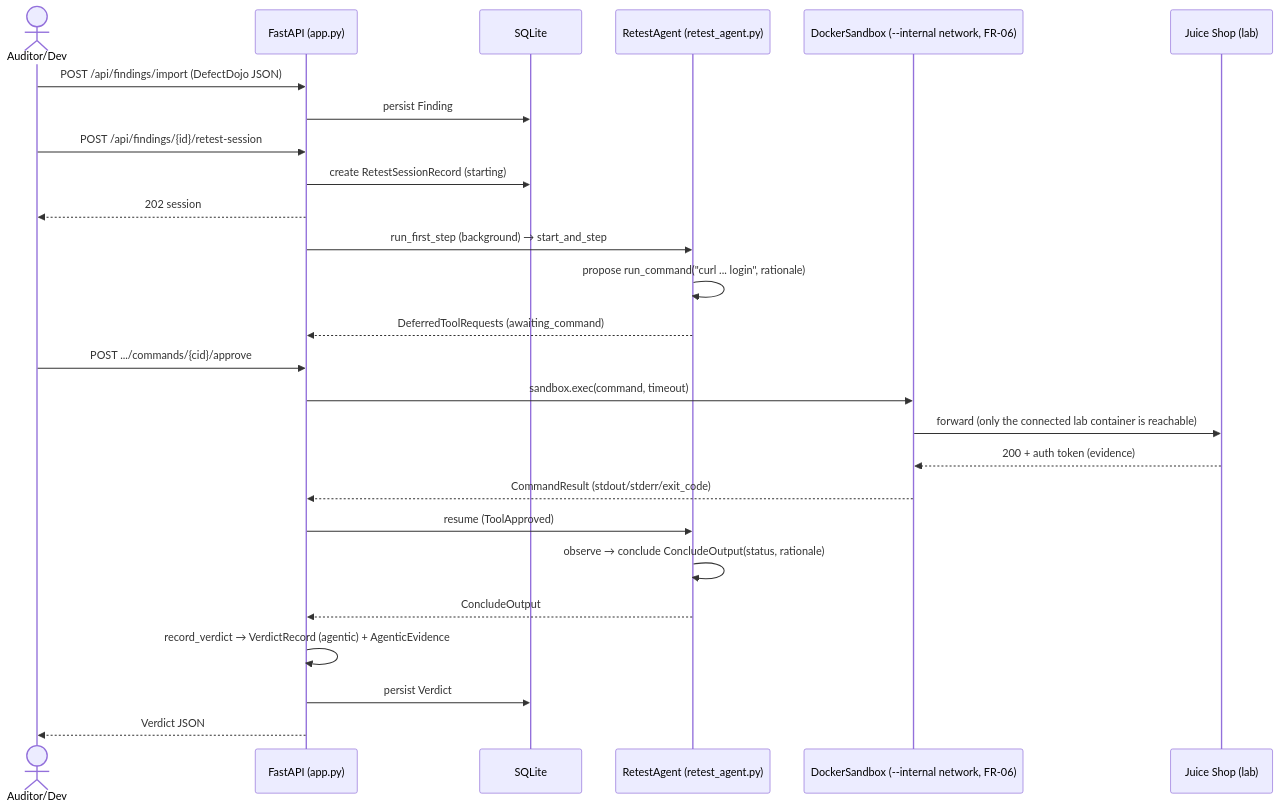
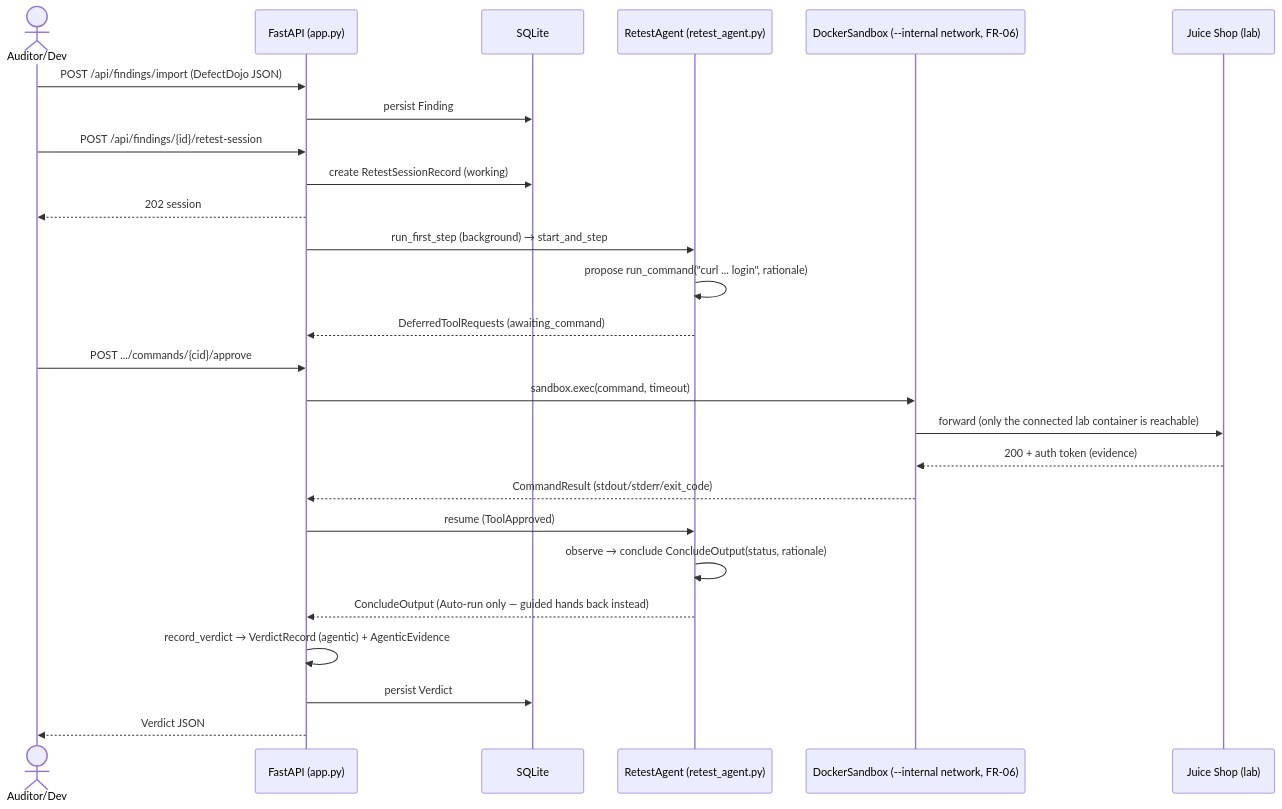
The fifth of 8 diagrams in docs/architecture/c4.md (SelfishCoconut/revalid), drawn with Mermaid before and after one commit. The commit also changed other lines of this file and 29 other files, not shown here.

````diff
--- a/docs/architecture/c4.md
+++ b/docs/architecture/c4.md
@@ -296,29 +298,29 @@
 ```mermaid
 sequenceDiagram
     actor Dev as Auditor/Dev
     participant API as FastAPI (app.py)
     participant DB as SQLite
     participant Agent as RetestAgent (retest_agent.py)
     participant SB as DockerSandbox (--internal network, FR-06)
     participant Lab as Juice Shop (lab)
 
     Dev->>API: POST /api/findings/import (DefectDojo JSON)
     API->>DB: persist Finding
     Dev->>API: POST /api/findings/{id}/retest-session
-    API->>DB: create RetestSessionRecord (starting)
+    API->>DB: create RetestSessionRecord (working)
     API-->>Dev: 202 session
     API->>Agent: run_first_step (background) → start_and_step
     Agent->>Agent: propose run_command("curl ... login", rationale)
     Agent-->>API: DeferredToolRequests (awaiting_command)
     Dev->>API: POST .../commands/{cid}/approve
     API->>SB: sandbox.exec(command, timeout)
     SB->>Lab: forward (only the connected lab container is reachable)
     Lab-->>SB: 200 + auth token  (evidence)
     SB-->>API: CommandResult (stdout/stderr/exit_code)
     API->>Agent: resume (ToolApproved)
     Agent->>Agent: observe → conclude ConcludeOutput(status, rationale)
-    Agent-->>API: ConcludeOutput
+    Agent-->>API: ConcludeOutput  (Auto-run only — guided hands back instead)
     API->>API: record_verdict → VerdictRecord (agentic) + AgenticEvidence
     API->>DB: persist Verdict
     API-->>Dev: Verdict JSON
 ```
````
